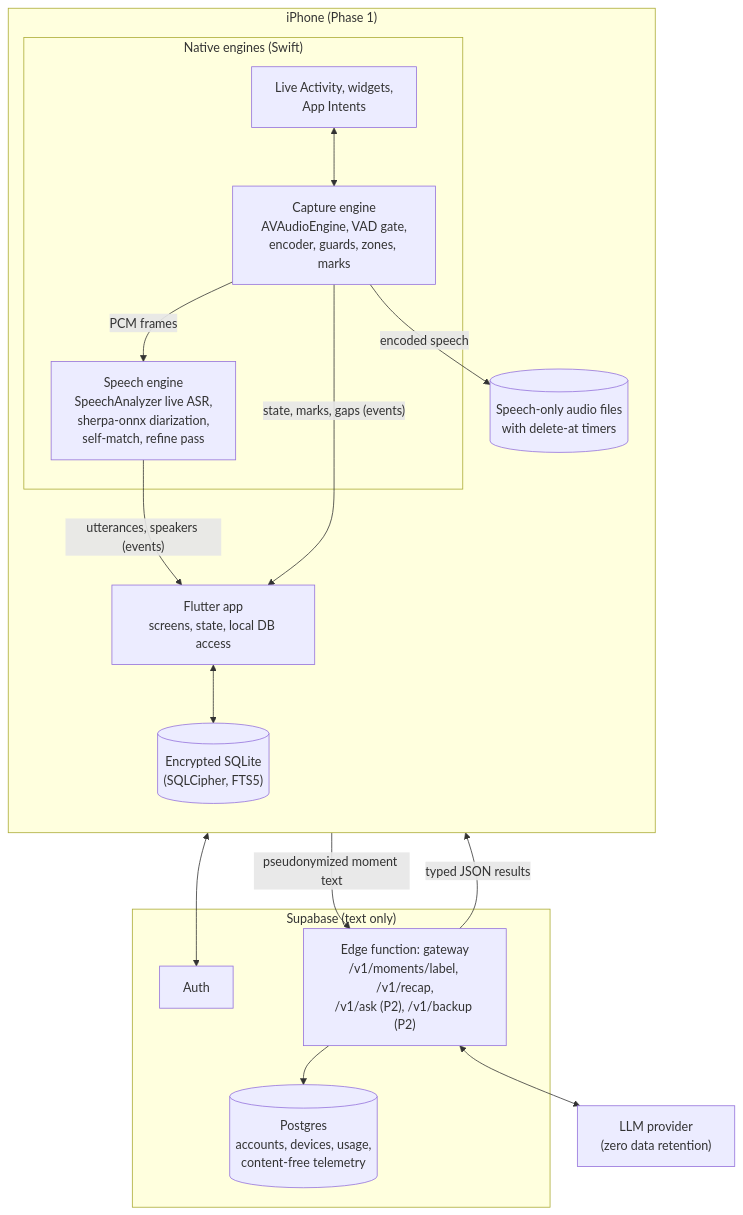
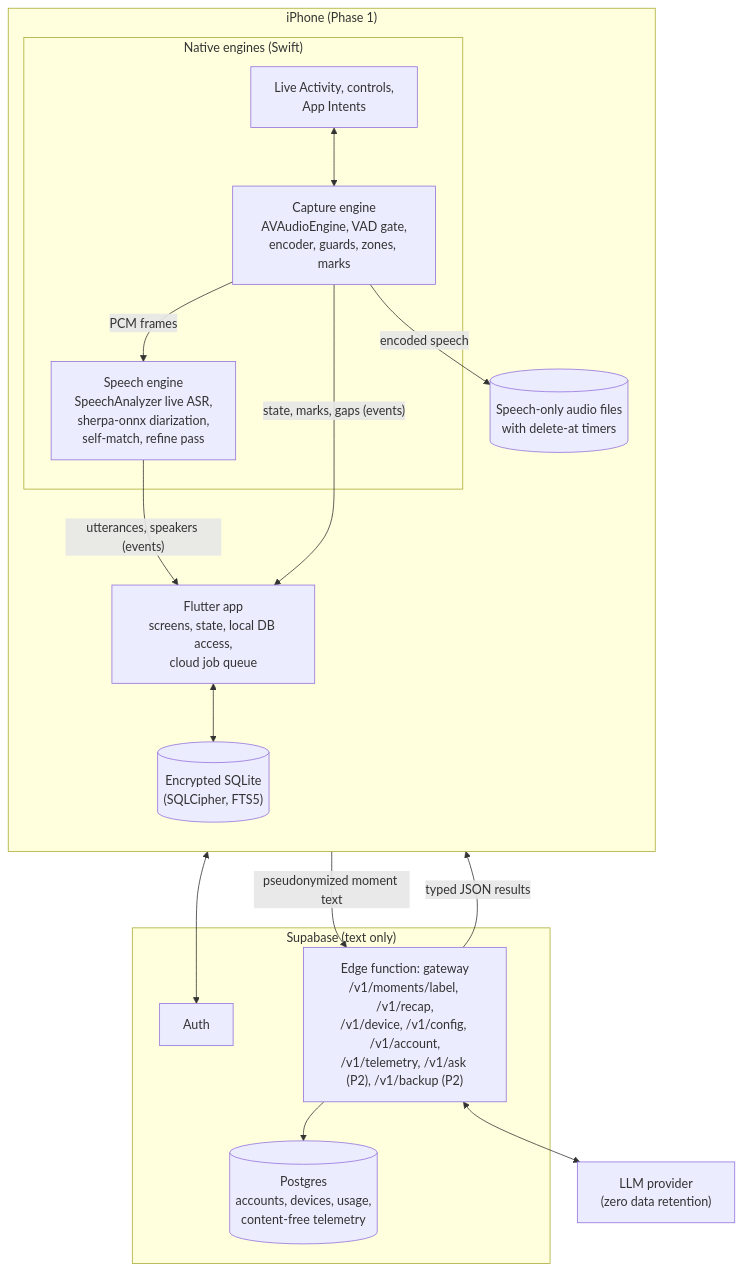
Before and after one commit to yongtao-wang/mona: the first of 2 diagrams in docs/implementation-spec.md, drawn with Mermaid. The commit also changed other lines of this file, not shown here.

````diff
--- a/docs/implementation-spec.md
+++ b/docs/implementation-spec.md
@@ -91,31 +94,31 @@
 ```mermaid
 flowchart TB
   subgraph Phone["iPhone (Phase 1)"]
     direction TB
-    UI["Flutter app<br/>screens, state, local DB access"]
+    UI["Flutter app<br/>screens, state, local DB access,<br/>cloud job queue"]
     subgraph Native["Native engines (Swift)"]
       CAP["Capture engine<br/>AVAudioEngine, VAD gate,<br/>encoder, guards, zones, marks"]
       SPE["Speech engine<br/>SpeechAnalyzer live ASR,<br/>sherpa-onnx diarization,<br/>self-match, refine pass"]
-      LA["Live Activity, widgets,<br/>App Intents"]
+      LA["Live Activity, controls,<br/>App Intents"]
     end
     DB[("Encrypted SQLite<br/>(SQLCipher, FTS5)")]
     FS[("Speech-only audio files<br/>with delete-at timers")]
     CAP -- "PCM frames" --> SPE
     CAP -- "encoded speech" --> FS
     SPE -- "utterances, speakers (events)" --> UI
     CAP -- "state, marks, gaps (events)" --> UI
     UI <--> DB
     LA <--> CAP
   end
   subgraph Cloud["Supabase (text only)"]
     AUTH["Auth"]
-    GW["Edge function: gateway<br/>/v1/moments/label, /v1/recap,<br/>/v1/ask (P2), /v1/backup (P2)"]
+    GW["Edge function: gateway<br/>/v1/moments/label, /v1/recap,<br/>/v1/device, /v1/config, /v1/account,<br/>/v1/telemetry, /v1/ask (P2), /v1/backup (P2)"]
     PG[("Postgres<br/>accounts, devices, usage,<br/>content-free telemetry")]
     GW --> PG
   end
   LLM["LLM provider<br/>(zero data retention)"]
   UI -- "pseudonymized moment text" --> GW
   GW -- "typed JSON results" --> UI
   GW <--> LLM
   UI <--> AUTH
 ```
````
